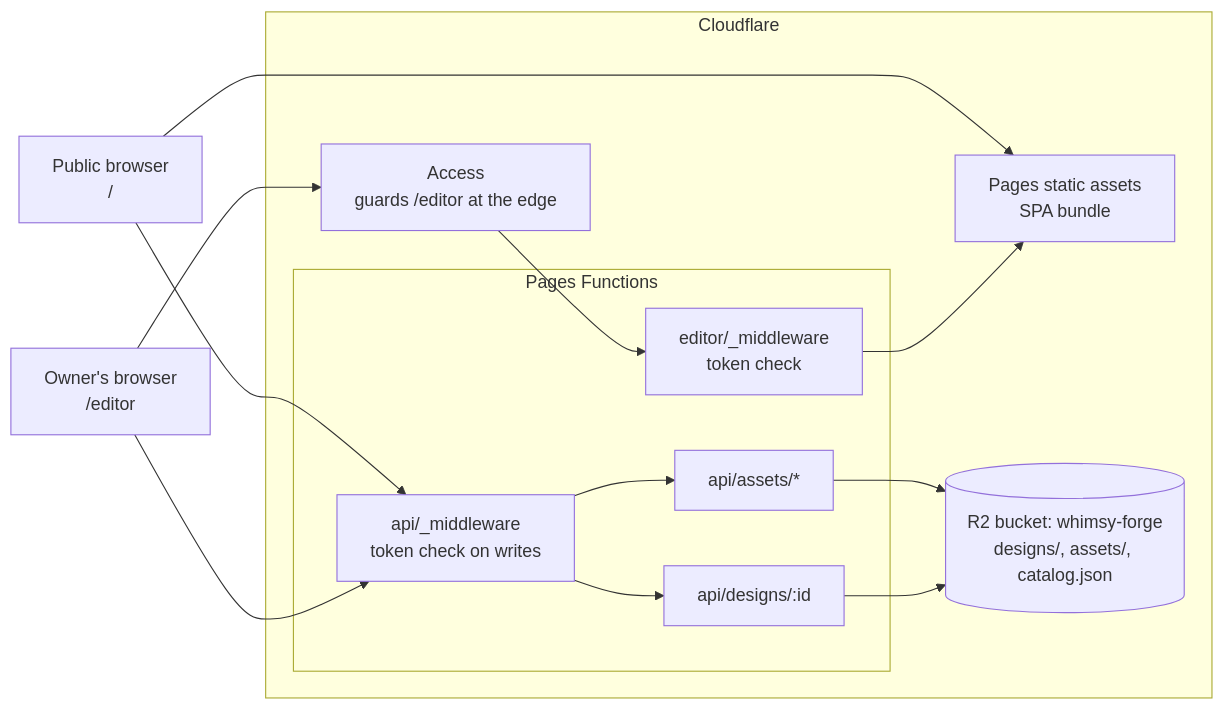
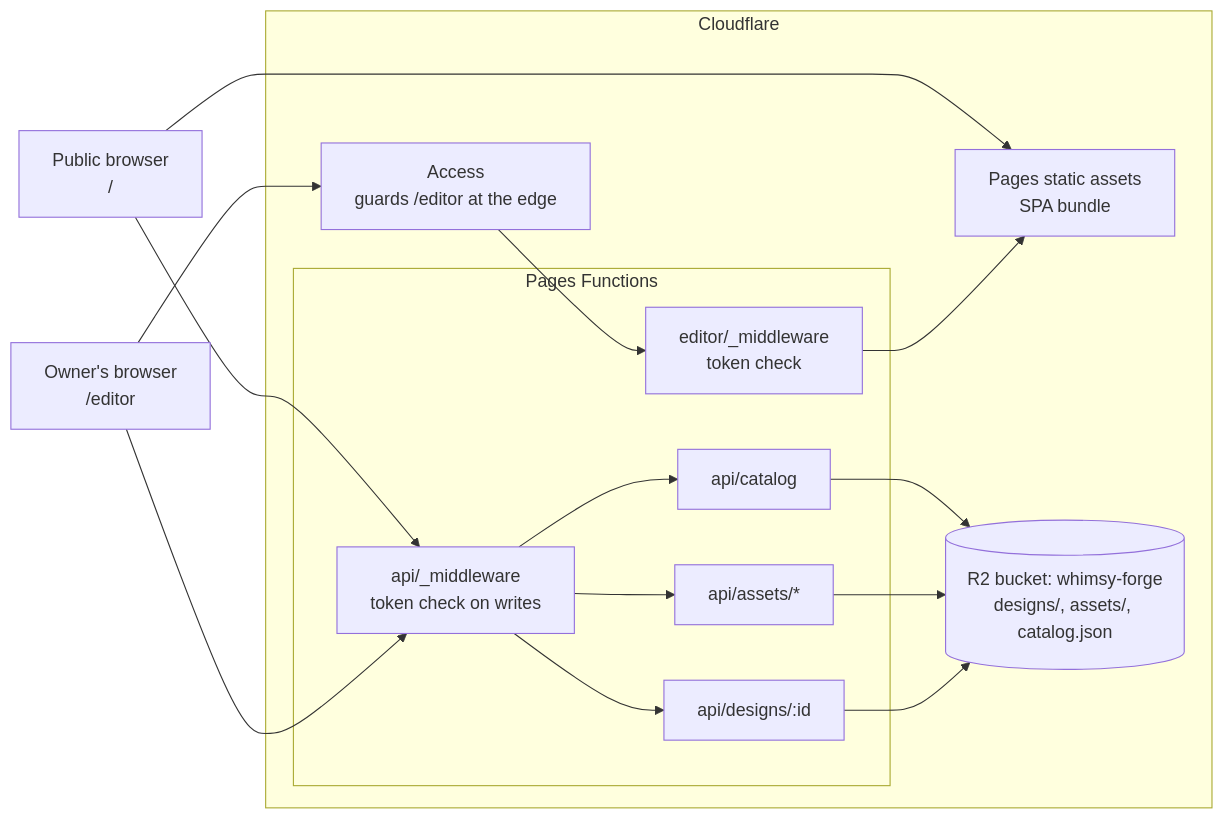
One commit to davidopluslau/whimsy-forge changed the first of 5 diagrams in docs/SYSTEM_DESIGN.md. Above: the diagram before and after it, drawn with Mermaid. The commit also changed other lines of this file and 73 other files, not shown here.

````diff
--- a/docs/SYSTEM_DESIGN.md
+++ b/docs/SYSTEM_DESIGN.md
@@ -43,24 +43,26 @@
 ```mermaid
 flowchart LR
     owner["Owner's browser<br/>/editor"]
     public["Public browser<br/>/"]
 
     subgraph cf["Cloudflare"]
         access["Access<br/>guards /editor at the edge"]
         pages["Pages static assets<br/>SPA bundle"]
         subgraph fn["Pages Functions"]
             editorGuard["editor/_middleware<br/>token check"]
             apiGuard["api/_middleware<br/>token check on writes"]
             designs["api/designs/:id"]
             assets["api/assets/*"]
+            catalog["api/catalog"]
         end
         r2[("R2 bucket: whimsy-forge<br/>designs/, assets/, catalog.json")]
     end
 
     owner --> access --> editorGuard --> pages
     public --> pages
     owner --> apiGuard
     public --> apiGuard
     apiGuard --> designs --> r2
     apiGuard --> assets --> r2
+    apiGuard --> catalog --> r2
 ```
````
